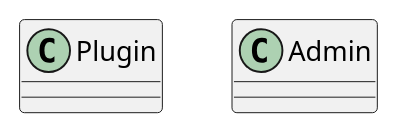
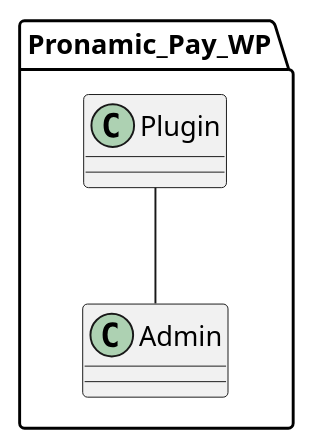
Before and after one commit to pronamic/wp-pronamic-pay: the diagram in documentation/plugin.plantuml, drawn with PlantUML. The commit also changed 5 other files, not shown here.

Commit message:
Updated the UML.

```diff
--- a/documentation/plugin.plantuml
+++ b/documentation/plugin.plantuml
@@ -1,11 +1,15 @@
 @startuml
 
-class Plugin {
-
-}
-
-class Admin {
-
+namespace Pronamic_Pay_WP {
+	class Plugin {
+	
+	}
+	
+	class Admin {
+	
+	}
+	
+	Plugin -- Admin
 }
 
 @enduml
```
